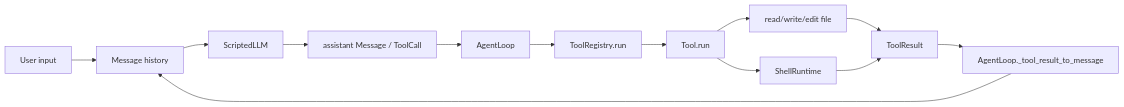
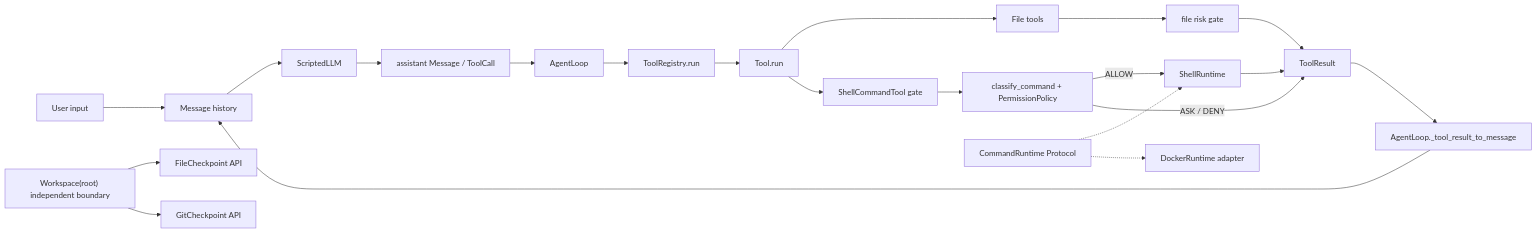
Before and after one commit to nanhanq1/personal-coding-assistant: the first of 8 diagrams in README.md, drawn with Mermaid. The commit also changed other lines of this file and 6 other files, not shown here.

Commit message:
docs: update README module flowcharts

````diff
--- a/README.md
+++ b/README.md
@@ -17,15 +19,24 @@
 ```mermaid
 flowchart LR
     U["User input"] --> H["Message history"]
     H --> L["ScriptedLLM"]
     L --> A["assistant Message / ToolCall"]
     A --> Loop["AgentLoop"]
     Loop --> R["ToolRegistry.run"]
     R --> T["Tool.run"]
-    T --> F["read/write/edit file"]
-    T --> S["ShellRuntime"]
-    F --> TR["ToolResult"]
+    T --> F["File tools"]
+    T --> G["ShellCommandTool gate"]
+    G --> P["classify_command + PermissionPolicy"]
+    P -->|ALLOW| S["ShellRuntime"]
+    P -->|ASK / DENY| TR
+    F --> Q["file risk gate"]
+    Q --> TR["ToolResult"]
     S --> TR
     TR --> M["AgentLoop._tool_result_to_message"]
     M --> H
+    W["Workspace(root) independent boundary"]
+    W --> Ck["FileCheckpoint API"]
+    W --> Gk["GitCheckpoint API"]
+    CR["CommandRuntime Protocol"] -.-> S
+    CR -.-> Dk["DockerRuntime adapter"]
 ```
````
